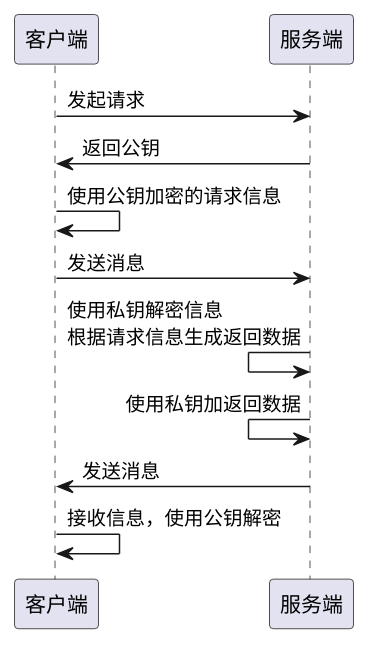
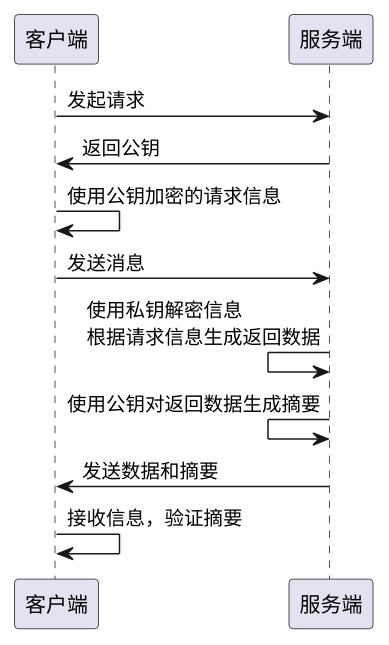
One commit to qxw180/nodes changed the second of 2 diagrams in 14-Solutions/加密&身份认证/数据加解密.md. Above: the diagram before and after it, drawn with PlantUML. The commit also changed other lines of this file and 6 other files, not shown here.

````diff
--- a/14-Solutions/加密&身份认证/数据加解密.md
+++ b/14-Solutions/加密&身份认证/数据加解密.md
@@ -148,12 +150,12 @@
 ```plantuml
 @startuml 非对称加密
 客户端 -> 服务端: 发起请求
 客户端 <- 服务端: 返回公钥
 客户端 -> 客户端: 使用公钥加密的请求信息
 客户端 -> 服务端: 发送消息
 服务端 <- 服务端: 使用私钥解密信息\n根据请求信息生成返回数据
-服务端 <- 服务端: 使用私钥加返回数据
-客户端 <- 服务端: 发送消息
-客户端 -> 客户端: 接收信息，使用公钥解密
+服务端 <- 服务端: 使用公钥对返回数据生成摘要
+客户端 <- 服务端: 发送数据和摘要
+客户端 -> 客户端: 接收信息，验证摘要
 @enduml
 ```
````
